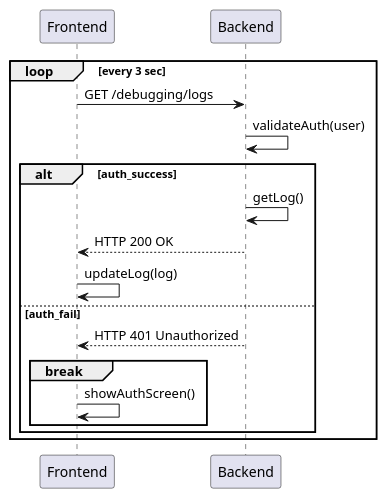
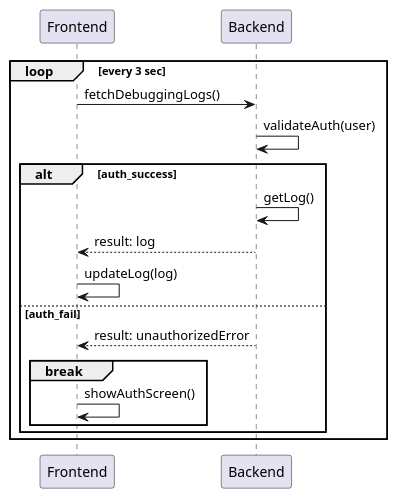
Before and after one commit to therealthingy/rpi-pwm: the fourth of 6 diagrams in docs/wsi/homework/doc/presentation.adoc, drawn with PlantUML. The commit also changed other lines of this file, not shown here.

```diff
--- a/docs/wsi/homework/doc/presentation.adoc
+++ b/docs/wsi/homework/doc/presentation.adoc
@@ -118,22 +126,22 @@
 [plantuml, generated-diagrams/diagram-rpifc_seq_update_ui, png]
 -----
 @startuml
 loop every 3 sec
-  Frontend -> Backend: GET /debugging/logs
+  Frontend -> Backend: fetchDebuggingLogs()
 
   Backend -> Backend: validateAuth(user)
   alt auth_success
     Backend -> Backend: getLog()
 
-    Frontend <-- Backend: HTTP 200 OK
+    Frontend <-- Backend: result: log
 
     Frontend -> Frontend: updateLog(log)
   else auth_fail
-    Frontend <-- Backend: HTTP 401 Unauthorized
+    Frontend <-- Backend: result: unauthorizedError
     break
       Frontend -> Frontend: showAuthScreen()
     end
   end
 end
 @enduml
 -----
```
